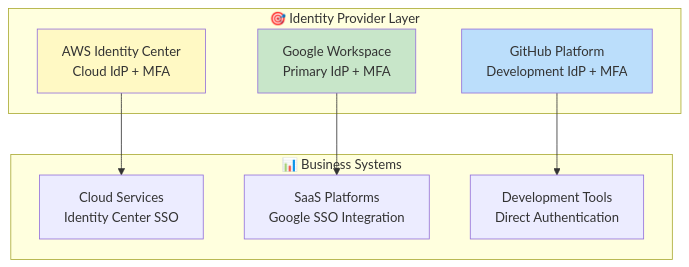
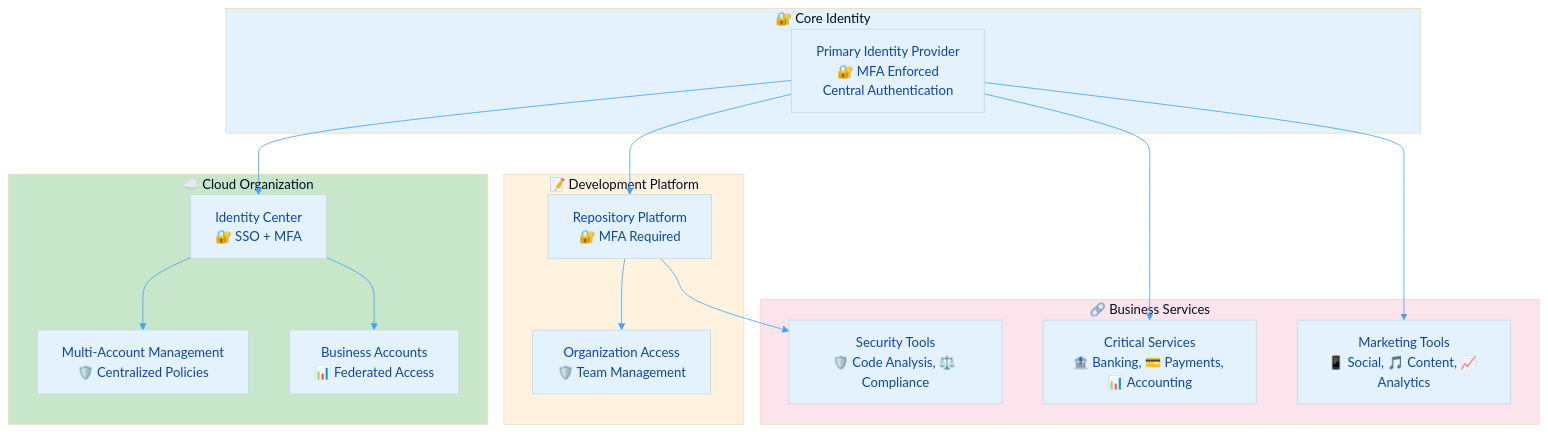
The first of 4 diagrams in Access_Control_Policy.md (Hack23/ISMS-PUBLIC), drawn with Mermaid before and after one commit. The commit also changed other lines of this file, not shown here.

````diff
--- a/Access_Control_Policy.md
+++ b/Access_Control_Policy.md
@@ -55,22 +38,50 @@
 ```mermaid
+%%{
+  init: {
+    'theme': 'base',
+    'themeVariables': {
+      'primaryColor': '#e3f2fd',
+      'primaryTextColor': '#0d47a1',
+      'lineColor': '#42a5f5',
+      'secondaryColor': '#c8e6c9',
+      'tertiaryColor': '#fff3e0'
+    }
+  }
+}%%
 flowchart TD
-    subgraph "🎯 Identity Provider Layer"
-        GOOGLE[Google Workspace<br/>Primary IdP + MFA]
-        GITHUB[GitHub Platform<br/>Development IdP + MFA] 
-        AWS[AWS Identity Center<br/>Cloud IdP + MFA]
+    subgraph Core["🔐 Core Identity"]
+        PRIMARY[Primary Identity Provider<br/>🔐 MFA Enforced<br/>Central Authentication]
     end
     
-    subgraph "📊 Business Systems"
-        CLOUD[Cloud Services<br/>Identity Center SSO]
-        SAAS[SaaS Platforms<br/>Google SSO Integration]
-        DEV[Development Tools<br/>Direct Authentication]
+    subgraph CloudOrg["☁️ Cloud Organization"]
+        IDC[Identity Center<br/>🔐 SSO + MFA]
+        MGMT[Multi-Account Management<br/>🛡️ Centralized Policies]
+        ACCTS[Business Accounts<br/>📊 Federated Access]
     end
     
-    GOOGLE --> SAAS
-    GITHUB --> DEV
-    AWS --> CLOUD
+    subgraph DevOps["📝 Development Platform"]
+        REPO[Repository Platform<br/>🔐 MFA Required]
+        ORG[Organization Access<br/>🛡️ Team Management]
+    end
     
-    style GOOGLE fill:#c8e6c9
-    style GITHUB fill:#bbdefb
-    style AWS fill:#fff9c4
+    subgraph Business["🔗 Business Services"]
+        CRITICAL[Critical Services<br/>🏦 Banking, 💳 Payments, 📊 Accounting]
+        MARKETING[Marketing Tools<br/>📱 Social, 🎵 Content, 📈 Analytics]
+        SECURITY[Security Tools<br/>🛡️ Code Analysis, ⚖️ Compliance]
+    end
+    
+    PRIMARY --> IDC
+    PRIMARY --> REPO
+    PRIMARY --> CRITICAL
+    PRIMARY --> MARKETING
+    
+    IDC --> MGMT
+    IDC --> ACCTS
+    REPO --> ORG
+    REPO --> SECURITY
+    
+    style Core fill:#e3f2fd
+    style CloudOrg fill:#c8e6c9
+    style DevOps fill:#fff3e0
+    style Business fill:#fce4ec
 ```
````
